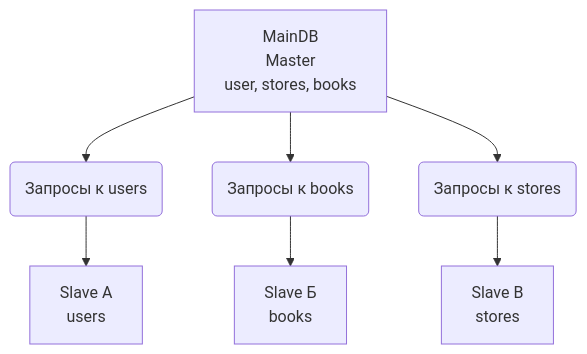
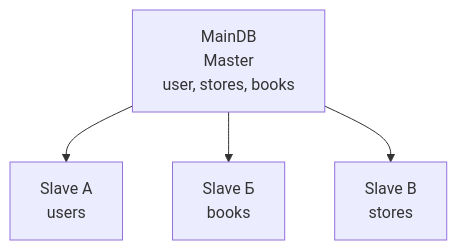
Before and after one commit to nikitarostorguev8837-alt/sdb-hw-12-07: the second of 2 diagrams in README.md, drawn with Mermaid.

````diff
--- a/README.md
+++ b/README.md
@@ -37,11 +37,7 @@
 ```mermaid
 graph TD
-MainDB[MainDB<br>Master<br>user, stores, books] --> Users(Запросы к users)
-MainDB --> Books(Запросы к books)
-MainDB --> Stores(Запросы к stores)
-
-Users --> Slave1[Slave А<br>users]
-Books --> Slave2[Slave Б<br>books]
-Stores --> Slave3[Slave В<br>stores]
+MainDB[MainDB<br>Master<br>user, stores, books] --> Slave1[Slave А<br>users]
+MainDB --> Slave2[Slave Б<br>books]
+MainDB --> Slave3[Slave В<br>stores]
 
 ```
````
